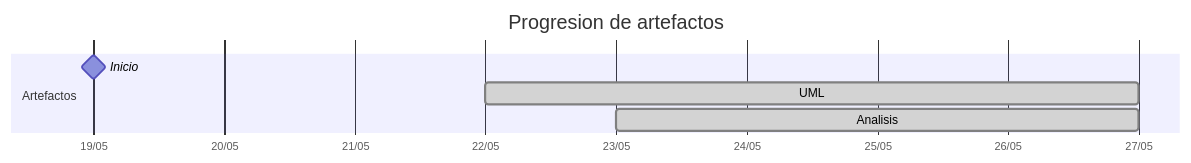
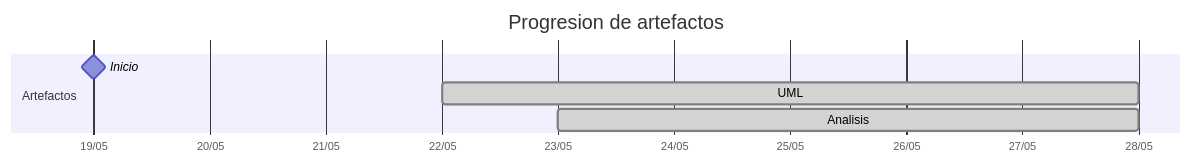
Before and after one commit to carlos-alvarado-25/25-26-idsw2-sdVC: the diagram in TIMELINES/Alejandrojuarez0105.md, drawn with Mermaid. The commit also changed 12 other files, not shown here.

````diff
--- a/TIMELINES/Alejandrojuarez0105.md
+++ b/TIMELINES/Alejandrojuarez0105.md
@@ -18,10 +18,10 @@
 ```mermaid
 gantt
     title Progresion de artefactos
     dateFormat YYYY-MM-DD
     axisFormat %d/%m
     section Artefactos
         Inicio       :milestone, 2026-05-19, 0d
-        UML          :done, 2026-05-22, 2026-05-27
-        Analisis     :done, 2026-05-23, 2026-05-27
+        UML          :done, 2026-05-22, 2026-05-28
+        Analisis     :done, 2026-05-23, 2026-05-28
 ```
````
